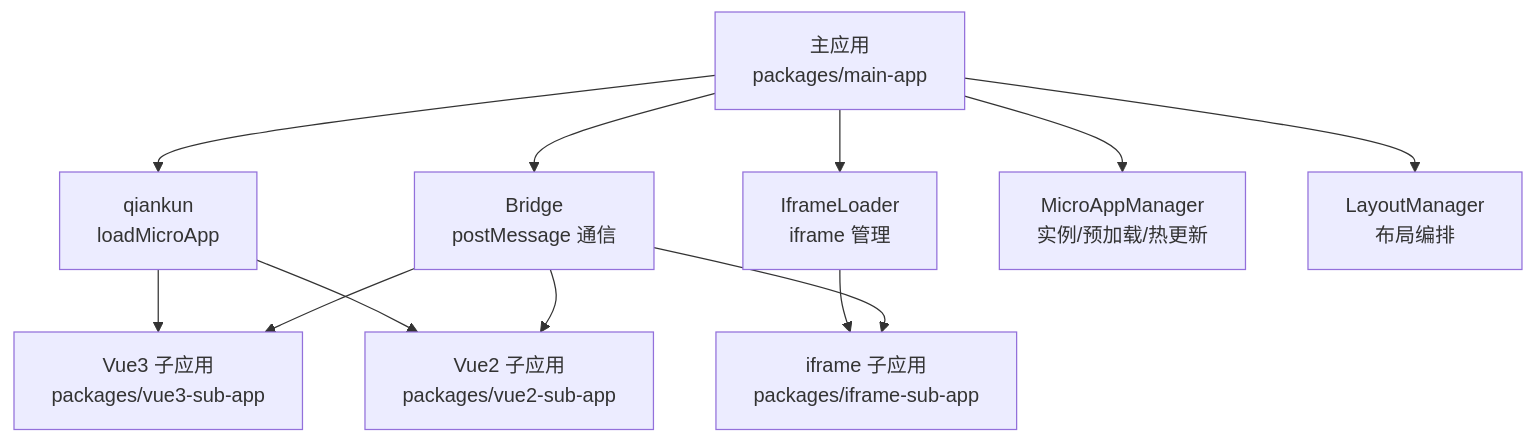
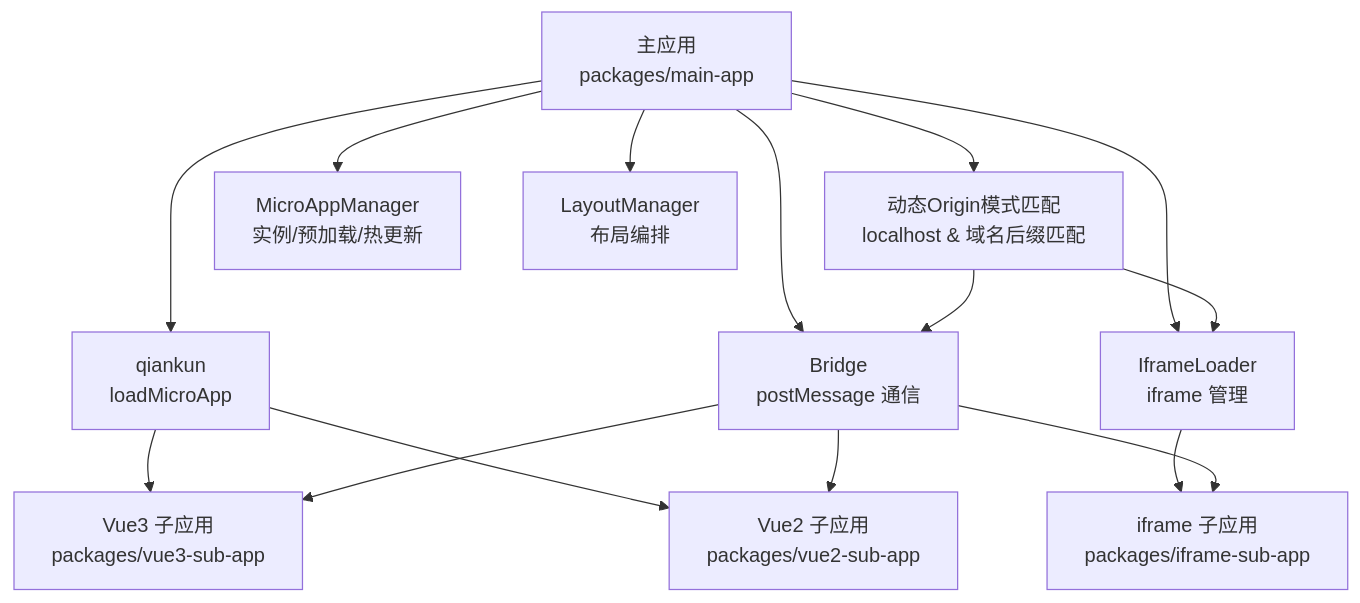
One commit to my-Sitara/artisan-base-frontend changed the second of 9 diagrams in .qoder/repowiki/zh/content/高级主题/高级主题.md. Above: the diagram before and after it, drawn with Mermaid. The commit also changed other lines of this file and 25 other files, not shown here.

````diff
--- a/.qoder/repowiki/zh/content/高级主题/高级主题.md
+++ b/.qoder/repowiki/zh/content/高级主题/高级主题.md
@@ -114,14 +118,17 @@
 ```mermaid
 graph TB
 MainApp["主应用<br/>packages/main-app"] --> QK["qiankun<br/>loadMicroApp"]
 MainApp --> Bridge["Bridge<br/>postMessage 通信"]
+MainApp --> DynamicOrigin["动态Origin模式匹配<br/>localhost & 域名后缀匹配"]
 MainApp --> IframeLoader["IframeLoader<br/>iframe 管理"]
 MainApp --> MicroMgr["MicroAppManager<br/>实例/预加载/热更新"]
 MainApp --> LayoutMgr["LayoutManager<br/>布局编排"]
 QK --> Vue3Sub["Vue3 子应用<br/>packages/vue3-sub-app"]
 QK --> Vue2Sub["Vue2 子应用<br/>packages/vue2-sub-app"]
 IframeLoader --> IframeSub["iframe 子应用<br/>packages/iframe-sub-app"]
 Bridge --> IframeSub
 Bridge --> Vue3Sub
 Bridge --> Vue2Sub
+DynamicOrigin --> Bridge
+DynamicOrigin --> IframeLoader
 ```
````
